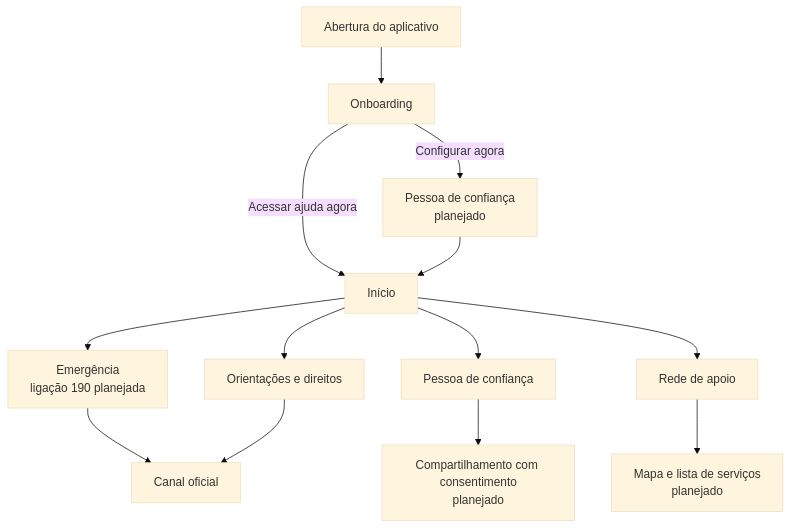
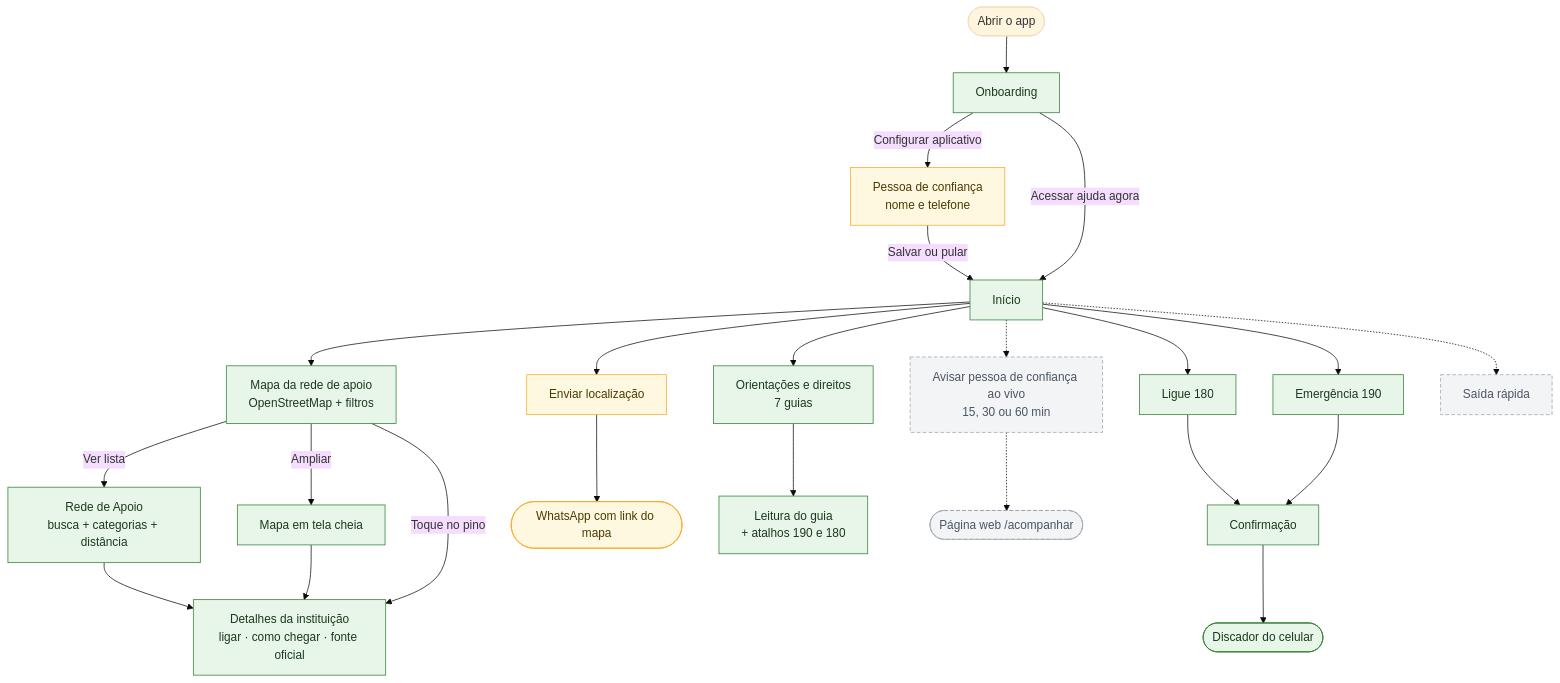
One commit to RAREy4n/app-rede-apoio changed the first of 2 diagrams in README.md. Above: the diagram before and after it, drawn with Mermaid (base theme). The commit also changed other lines of this file and 20 other files, not shown here.

First line of the commit message:
feat: ampliar rede de apoio de Curitiba para 90 instituicoes via dados oficiais IPPUC

````diff
--- a/README.md
+++ b/README.md
@@ -56,15 +27,32 @@
 ```mermaid
 flowchart TD
-    A[Abertura do aplicativo] --> B[Onboarding]
-    B -->|Configurar agora| C[Pessoa de confiança\nplanejado]
+    A([Abrir o app]) --> B[Onboarding]
+    B -->|Configurar aplicativo| C[Pessoa de confiança<br/>nome e telefone]
     B -->|Acessar ajuda agora| D[Início]
-    C --> D
-    D --> E[Emergência\nligação 190 planejada]
-    D --> F[Pessoa de confiança]
-    D --> G[Rede de apoio]
-    D --> H[Orientações e direitos]
-    G --> I[Mapa e lista de serviços\nplanejado]
-    F --> J[Compartilhamento com consentimento\nplanejado]
-    E --> K[Canal oficial]
-    H --> K
+    C -->|Salvar ou pular| D
+
+    D --> E[Emergência 190]
+    E --> E1[Confirmação] --> E2([Discador do celular])
+
+    D --> F[Mapa da rede de apoio<br/>OpenStreetMap + filtros]
+    F -->|Toque no pino| G[Detalhes da instituição<br/>ligar · como chegar · fonte oficial]
+    F -->|Ver lista| H[Rede de Apoio<br/>busca + categorias + distância]
+    F -->|Ampliar| F2[Mapa em tela cheia]
+    F2 --> G
+    H --> G
+
+    D --> I[Enviar localização] --> I1([WhatsApp com link do mapa])
+    D --> J[Ligue 180] --> E1
+    D --> K[Orientações e direitos<br/>7 guias] --> L[Leitura do guia<br/>+ atalhos 190 e 180]
+
+    D -.-> M[Avisar pessoa de confiança ao vivo<br/>15, 30 ou 60 min]
+    M -.-> M1([Página web /acompanhar])
+    D -.-> N[Saída rápida]
+
+    classDef feito fill:#E8F5E9,stroke:#2E7D32,color:#1B3A1D
+    classDef parcial fill:#FFF8E1,stroke:#F9A825,color:#4A3B00
+    classDef afazer fill:#F3F4F6,stroke:#9CA3AF,color:#4B5563,stroke-dasharray:5 3
+    class B,D,E,E1,E2,F,F2,G,H,J,K,L feito
+    class C,I,I1 parcial
+    class M,M1,N afazer
 ```
````
